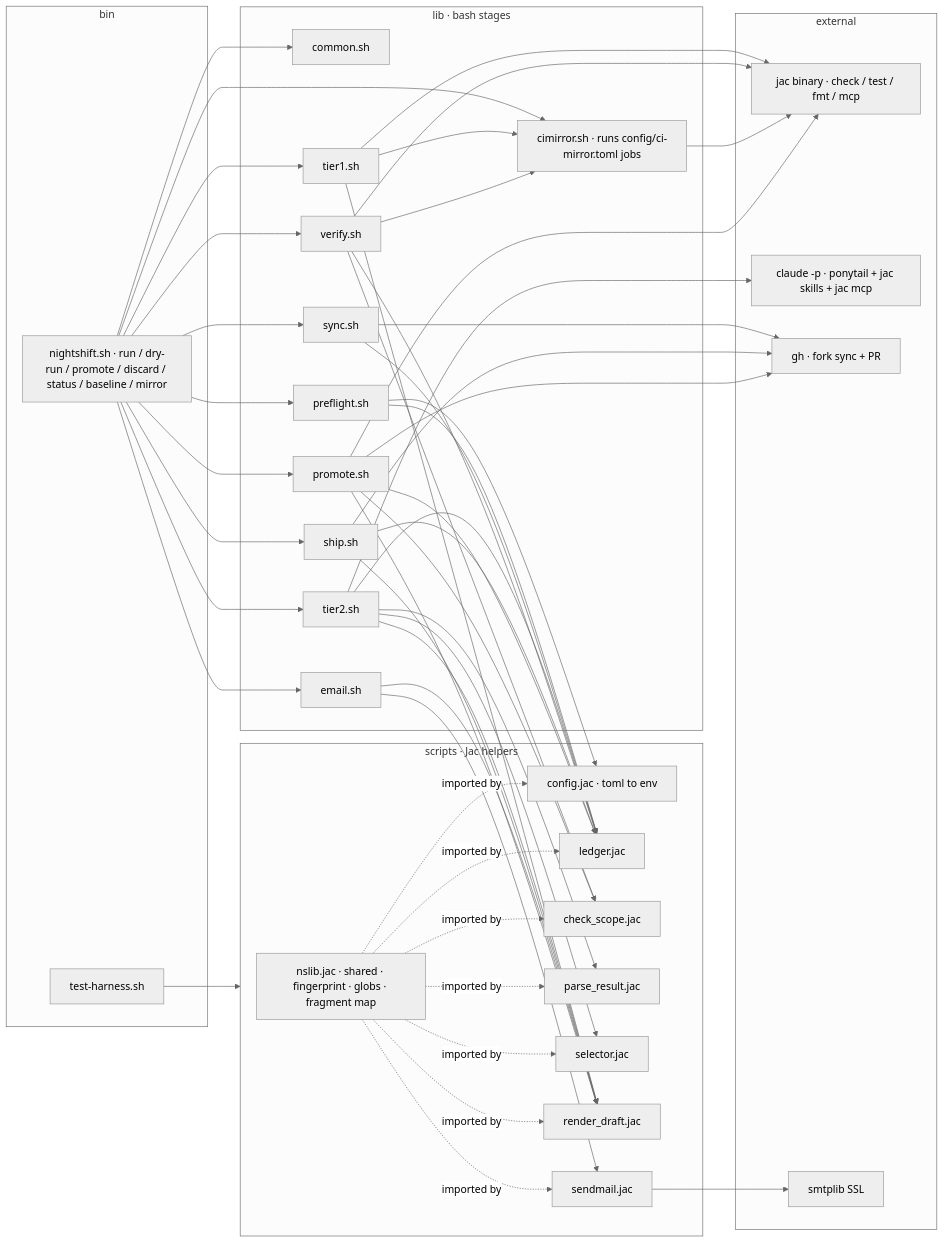
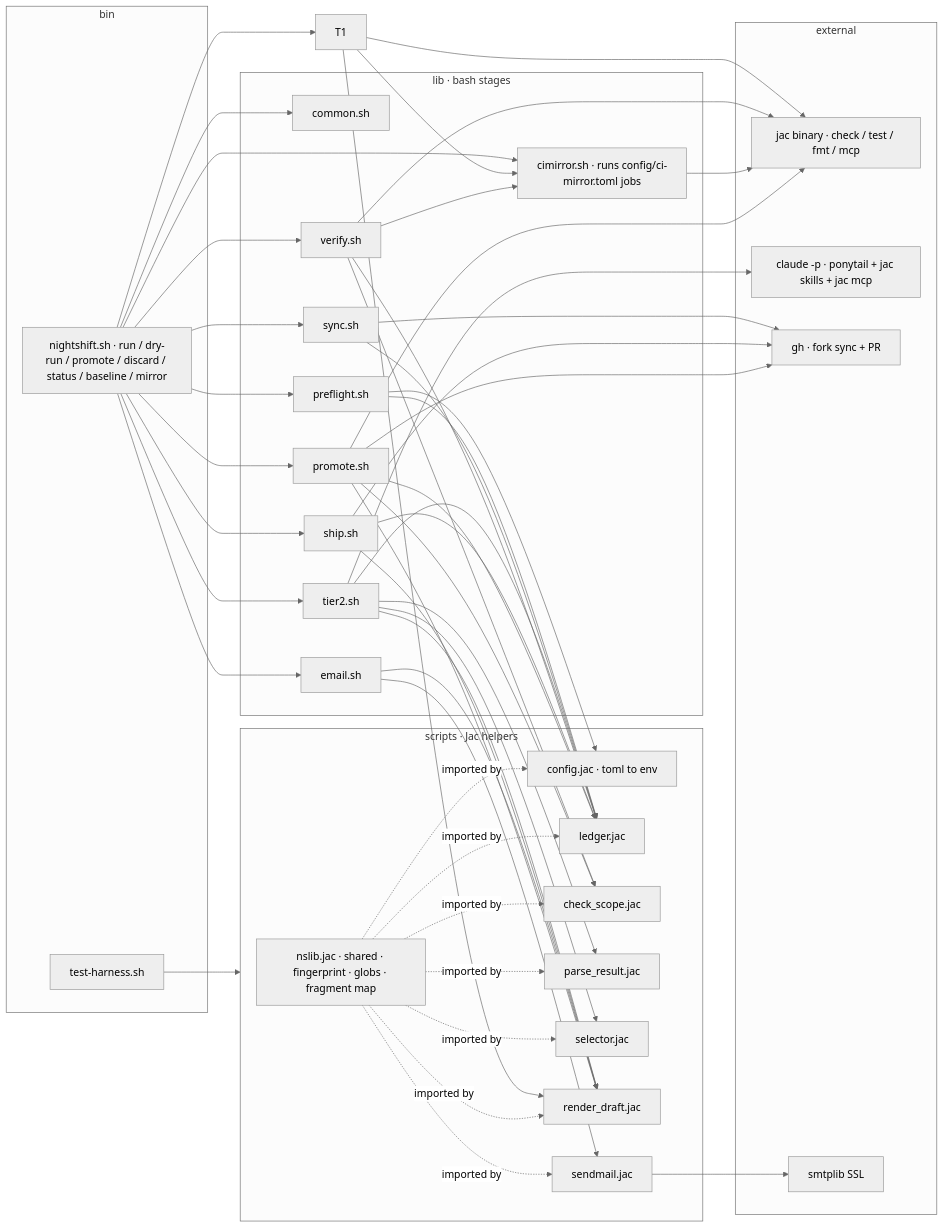
One commit to ayushmk7/NightShift changed the fourth of 4 diagrams in WORKFLOW.md. Above: the diagram before and after it, drawn with Mermaid (neutral theme). The commit also changed other lines of this file and 12 other files, not shown here.

````diff
--- a/WORKFLOW.md
+++ b/WORKFLOW.md
@@ -194,49 +184,48 @@
 ```mermaid
 flowchart LR
     subgraph ENTRY["bin"]
         NS["nightshift.sh · run / dry-run / promote / discard / status / baseline / mirror"]
         TH["test-harness.sh"]
     end
     subgraph LIB["lib · bash stages"]
         CM["common.sh"]
         PF["preflight.sh"]
         SY["sync.sh"]
-        T1["tier1.sh"]
         T2["tier2.sh"]
         VF["verify.sh"]
         SH["ship.sh"]
         EM["email.sh"]
         PR2["promote.sh"]
         CMR["cimirror.sh · runs config/ci-mirror.toml jobs"]
     end
     subgraph JAC["scripts · Jac helpers"]
         NL["nslib.jac · shared · fingerprint · globs · fragment map"]
         CF["config.jac · toml to env"]
         LG["ledger.jac"]
         CS["check_scope.jac"]
         PRz["parse_result.jac"]
         SE["selector.jac"]
         RD["render_draft.jac"]
         SM["sendmail.jac"]
     end
     subgraph EXT["external"]
         JB["jac binary · check / test / fmt / mcp"]
         CC["claude -p · ponytail + jac skills + jac mcp"]
         GH["gh · fork sync + PR"]
         SMTP["smtplib SSL"]
     end
 
     NS --> CM & PF & SY & T1 & T2 & VF & SH & EM & PR2 & CMR
     PF --> CF & LG
     SY --> LG & GH
     T1 --> JB & RD & CMR
     T2 --> CC & PRz & SE & LG & RD
     VF --> JB & CS & LG & CMR
     CMR --> JB
     SH --> RD & LG & GH
     EM --> SM & RD
     PR2 --> GH & LG & RD & CS & JB
     NL -.->|imported by| LG & CS & PRz & SE & RD & SM & CF
     SM --> SMTP
     TH --> JAC
 ```
````
